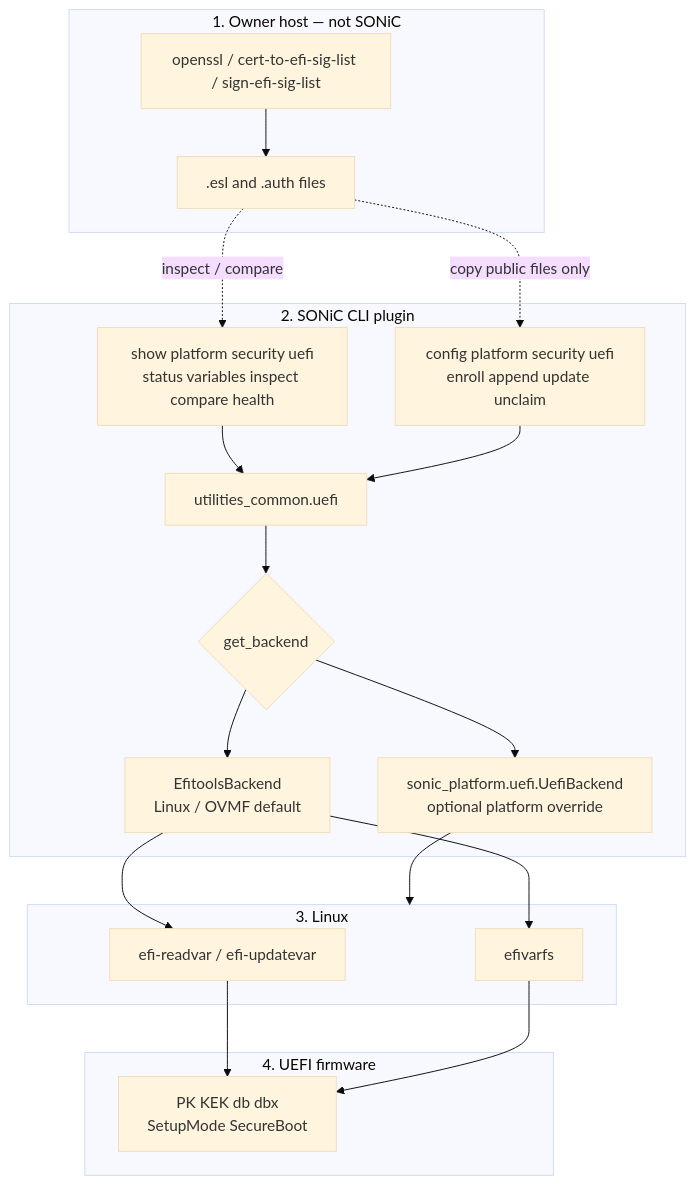
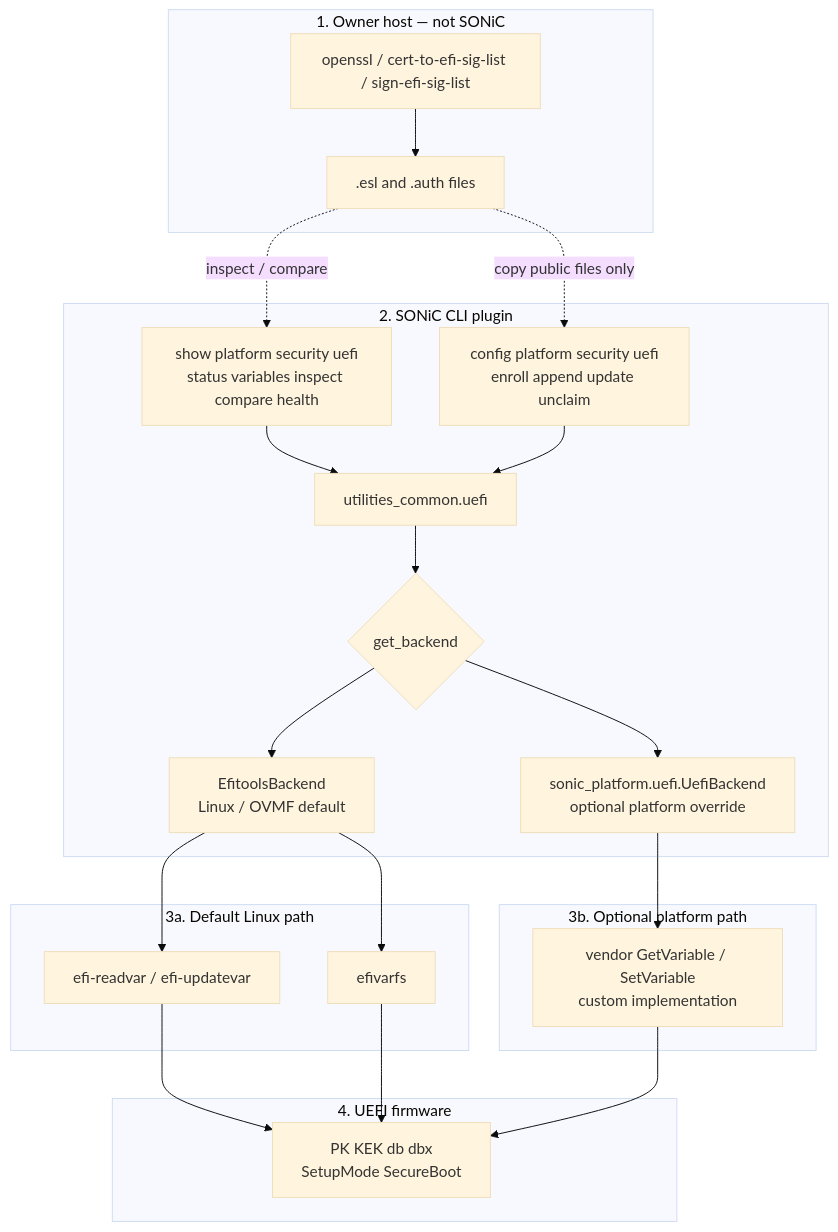
The diagram in doc/secure_boot/Secureboot_uefi_key_management.md (sonic-net/SONiC), drawn with Mermaid (base theme) before and after one commit. The commit also changed other lines of this file, not shown here.

Commit message:
Show the platform UefiBackend as a custom path, not efivarfs.
The default remains efitools plus efivarfs. A sonic_platform override may implement GetVariable and SetVariable however the firmware requires.

````diff
--- a/doc/secure_boot/Secureboot_uefi_key_management.md
+++ b/doc/secure_boot/Secureboot_uefi_key_management.md
@@ -680,40 +681,45 @@
 ```mermaid
 flowchart TB
   subgraph ownerHost ["1. Owner host — not SONiC"]
     tools["openssl / cert-to-efi-sig-list / sign-efi-sig-list"]
     payload[".esl and .auth files"]
     tools --> payload
   end
 
   subgraph sonicCli ["2. SONiC CLI plugin"]
     showCmd["show platform security uefi\nstatus variables inspect compare health"]
     cfgCmd["config platform security uefi\nenroll append update unclaim"]
     common["utilities_common.uefi"]
     showCmd --> common
     cfgCmd --> common
     common --> pick{"get_backend"}
     efitoolsBe["EfitoolsBackend\nLinux / OVMF default"]
     platBe["sonic_platform.uefi.UefiBackend\noptional platform override"]
     pick --> efitoolsBe
     pick --> platBe
   end
 
   payload -.->|"copy public files only"| cfgCmd
   payload -.->|"inspect / compare"| showCmd
 
-  subgraph osLayer ["3. Linux"]
+  subgraph osLayer ["3a. Default Linux path"]
     efitoolsBin["efi-readvar / efi-updatevar"]
     sysfs["efivarfs"]
   end
 
+  subgraph platPath ["3b. Optional platform path"]
+    custom["vendor GetVariable / SetVariable\ncustom implementation"]
+  end
+
   efitoolsBe --> efitoolsBin
   efitoolsBe --> sysfs
-  platBe --> osLayer
+  platBe --> custom
 
   subgraph firmware ["4. UEFI firmware"]
     vars["PK KEK db dbx\nSetupMode SecureBoot"]
   end
 
   efitoolsBin --> vars
   sysfs --> vars
+  custom --> vars
 ```
````
